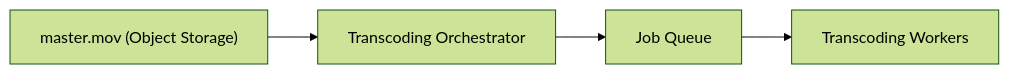
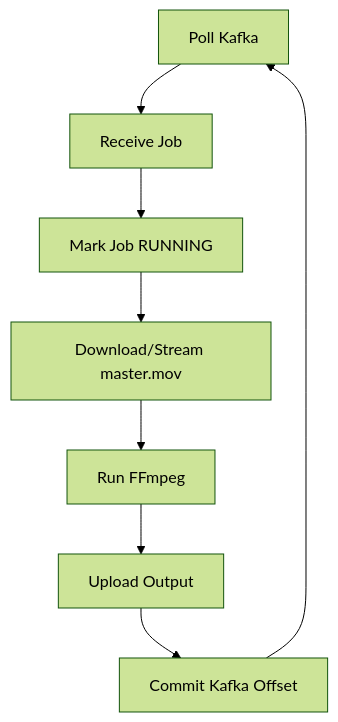
One commit to Veeru123456778/CS-Fundamentals changed the second of 3 diagrams in netflix-system-design/04-transcoding-pipeline-internals.md. Above: the diagram before and after it, drawn with Mermaid (forest theme). The commit also changed other lines of this file, not shown here.

Commit message:
added the transcoding pipeline in more better way

````diff
--- a/netflix-system-design/04-transcoding-pipeline-internals.md
+++ b/netflix-system-design/04-transcoding-pipeline-internals.md
@@ -58,11 +302,10 @@
 ```mermaid
-flowchart LR
-    A["master.mov (Object Storage)"]
-    B["Transcoding Orchestrator"]
-    C["Job Queue"]
-    D["Transcoding Workers"]
-
-    A --> B
-    B --> C
-    C --> D
+flowchart TD
+    A["Poll Kafka"] --> B["Receive Job"]
+    B --> C["Mark Job RUNNING"]
+    C --> D["Download/Stream master.mov"]
+    D --> E["Run FFmpeg"]
+    E --> F["Upload Output"]
+    F --> G["Commit Kafka Offset"]
+    G --> A
 ```
````
